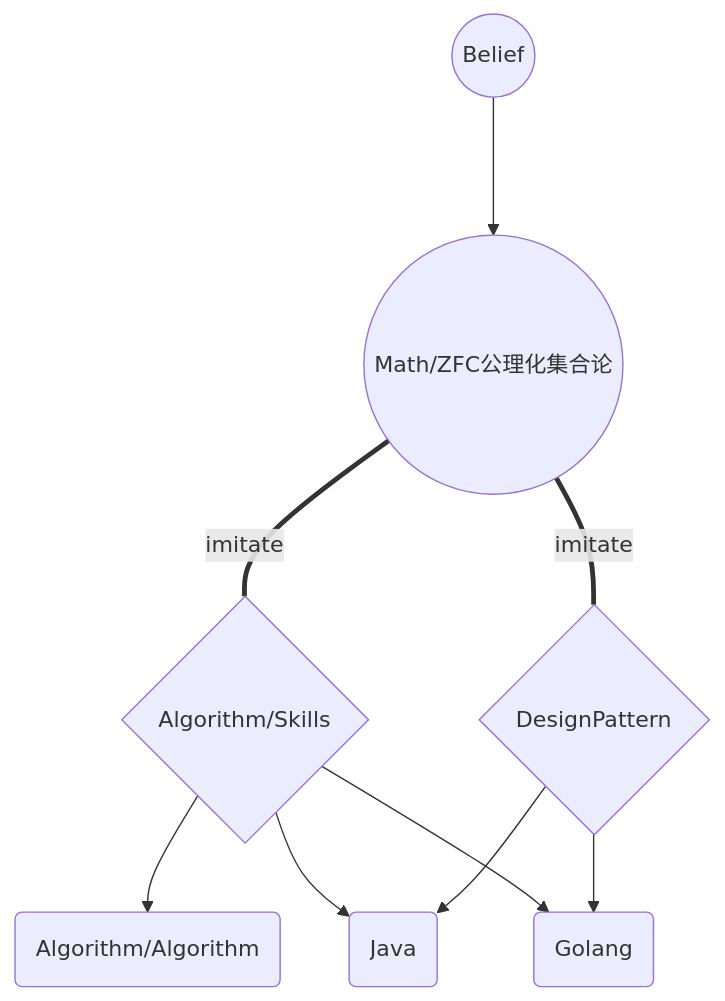
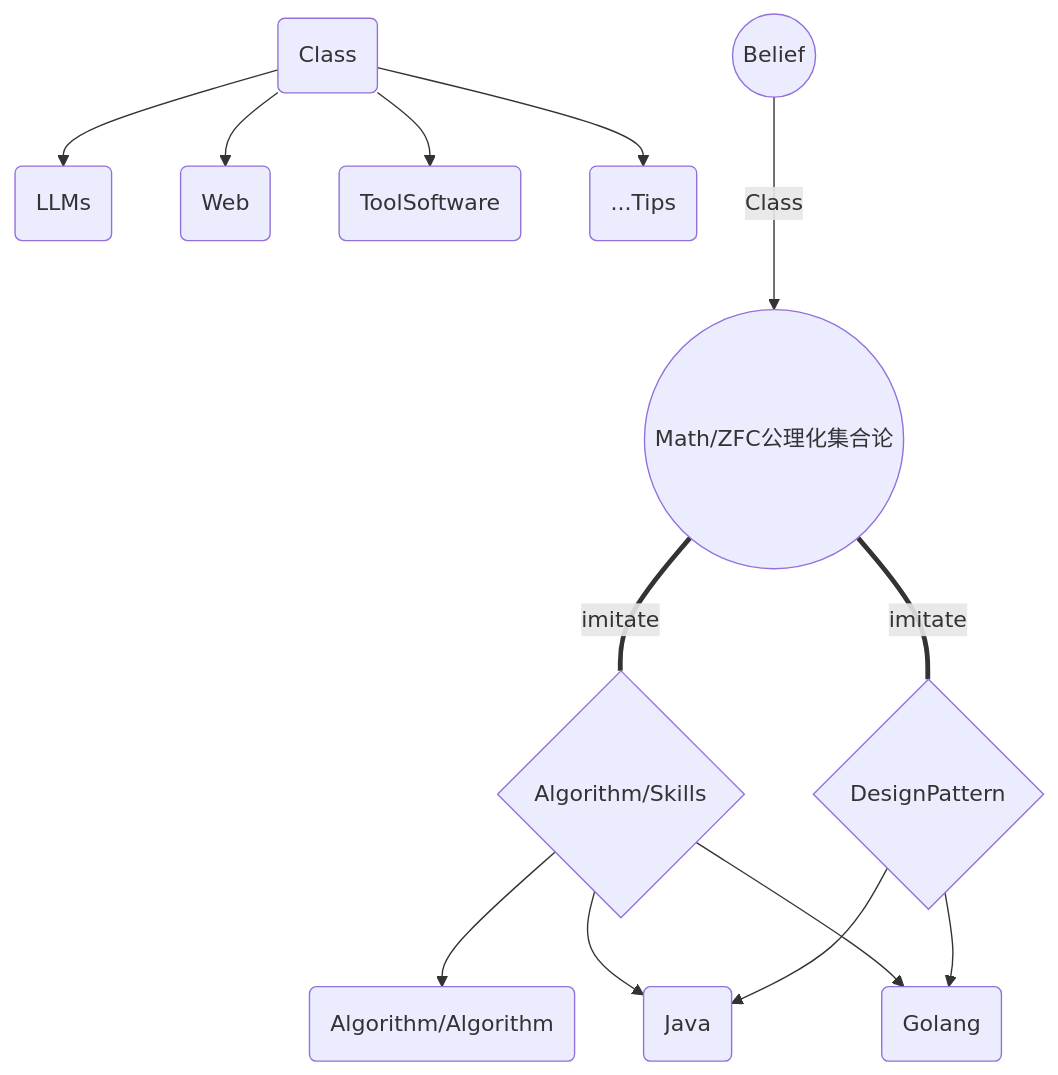
The first of 3 diagrams in README.md (GodBlf/Class), drawn with Mermaid before and after one commit. The commit also changed other lines of this file, not shown here.

````diff
--- a/README.md
+++ b/README.md
@@ -6,18 +6,23 @@
 ```mermaid
 graph TD
 
 A((Math/ZFC公理化集合论))
 B{Algorithm/Skills}
 C{DesignPattern}
 D(Algorithm/Algorithm)
 Java(Java)
 Go(Golang)
-Blf((Belief))--->A
+Class(Class)
+Class-->LLMs(LLMs)
+Class-->W(Web)
+Class-->Tool(ToolSoftware)
+Class-->etc(...Tips)
+Blf((Belief))--->|Class|A
 A===|imitate|B
 A===|imitate|C
 B-->D
 B-->Java
 B-->Go
 C-->Java
 C-->Go
 ```
````
